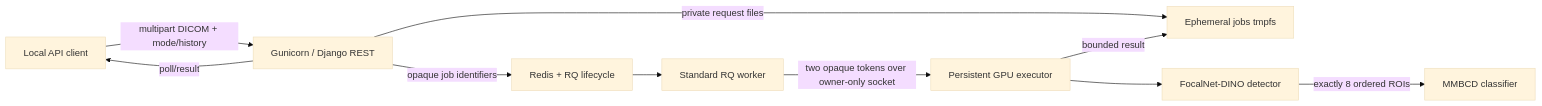
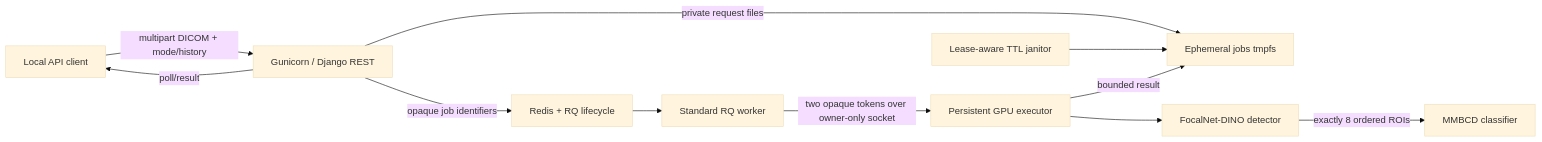
The diagram in docs/architecture.md (Vaibtan/vision-model-serving), drawn with Mermaid (base theme) before and after one commit. The commit also changed other lines of this file and 70 other files, not shown here.

````diff
--- a/docs/architecture.md
+++ b/docs/architecture.md
@@ -5,12 +5,13 @@
 ```mermaid
 flowchart LR
     C["Local API client"] -->|"multipart DICOM + mode/history"| W["Gunicorn / Django REST"]
     W -->|"opaque job identifiers"| R["Redis + RQ lifecycle"]
     W -->|"private request files"| J["Ephemeral jobs tmpfs"]
+    X["Lease-aware TTL janitor"] --> J
     R --> Q["Standard RQ worker"]
     Q -->|"two opaque tokens over owner-only socket"| E["Persistent GPU executor"]
     E --> D["FocalNet-DINO detector"]
     D -->|"exactly 8 ordered ROIs"| M["MMBCD classifier"]
     E -->|"bounded result"| J
     W -->|"poll/result"| C
 ```
````
